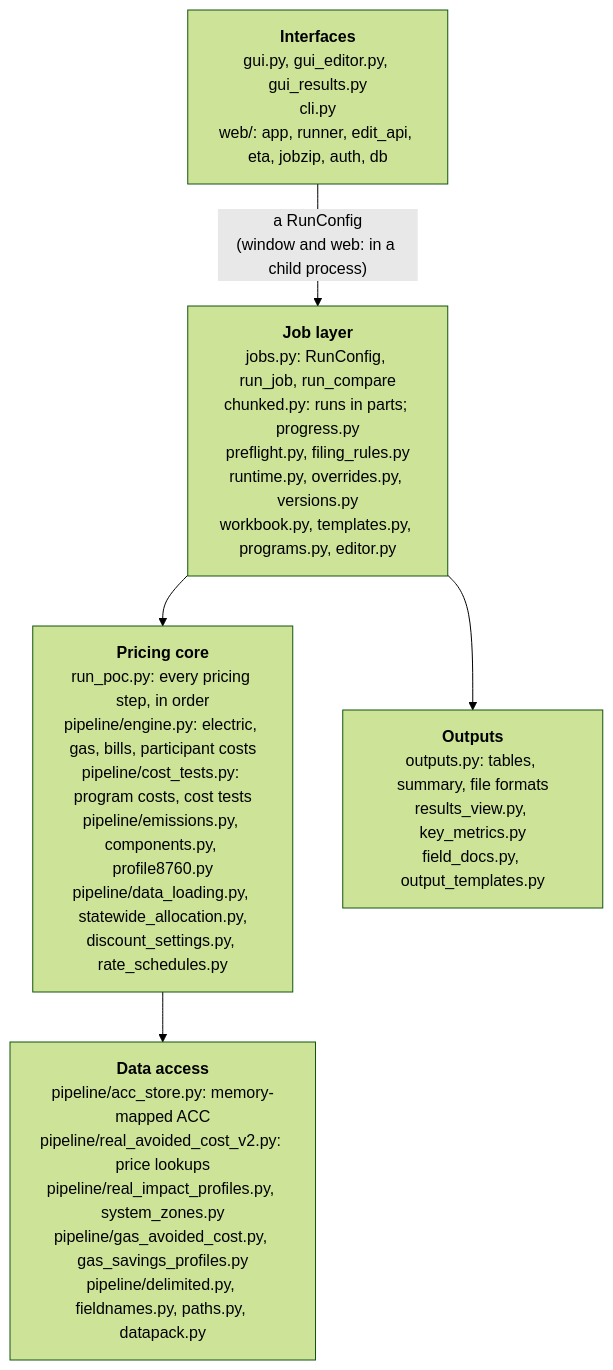
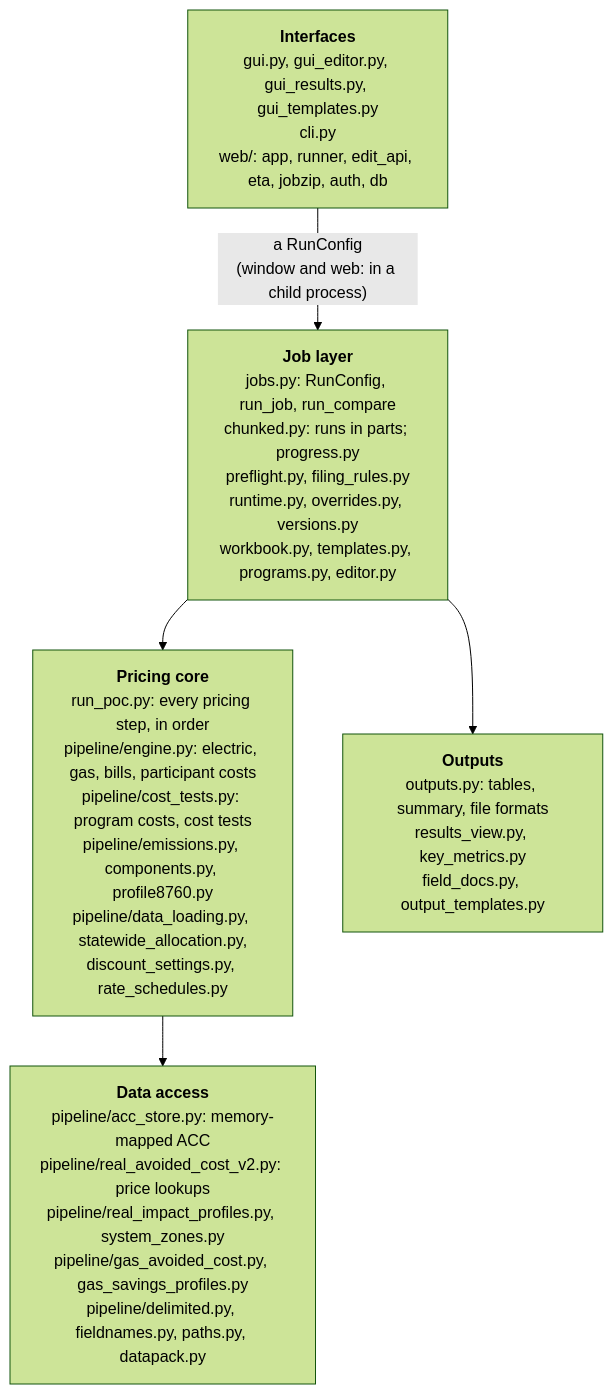
One commit to JRichardson-PGE/ReCET changed the second of 7 diagrams in recet/docs/ARCHITECTURE.md. Above: the diagram before and after it, drawn with Mermaid (forest theme). The commit also changed other lines of this file and 15 other files, not shown here.

````diff
--- a/recet/docs/ARCHITECTURE.md
+++ b/recet/docs/ARCHITECTURE.md
@@ -86,12 +86,12 @@
 ```mermaid
 flowchart TB
-    IF["<b>Interfaces</b><br/>gui.py, gui_editor.py, gui_results.py<br/>cli.py<br/>web/: app, runner, edit_api, eta, jobzip, auth, db"]
+    IF["<b>Interfaces</b><br/>gui.py, gui_editor.py, gui_results.py, gui_templates.py<br/>cli.py<br/>web/: app, runner, edit_api, eta, jobzip, auth, db"]
     JOB["<b>Job layer</b><br/>jobs.py: RunConfig, run_job, run_compare<br/>chunked.py: runs in parts; progress.py<br/>preflight.py, filing_rules.py<br/>runtime.py, overrides.py, versions.py<br/>workbook.py, templates.py, programs.py, editor.py"]
     CORE["<b>Pricing core</b><br/>run_poc.py: every pricing step, in order<br/>pipeline/engine.py: electric, gas, bills, participant costs<br/>pipeline/cost_tests.py: program costs, cost tests<br/>pipeline/emissions.py, components.py, profile8760.py<br/>pipeline/data_loading.py, statewide_allocation.py,<br/>discount_settings.py, rate_schedules.py"]
     DATA["<b>Data access</b><br/>pipeline/acc_store.py: memory-mapped ACC<br/>pipeline/real_avoided_cost_v2.py: price lookups<br/>pipeline/real_impact_profiles.py, system_zones.py<br/>pipeline/gas_avoided_cost.py, gas_savings_profiles.py<br/>pipeline/delimited.py, fieldnames.py, paths.py, datapack.py"]
     OUT["<b>Outputs</b><br/>outputs.py: tables, summary, file formats<br/>results_view.py, key_metrics.py<br/>field_docs.py, output_templates.py"]
     IF -->|"a RunConfig<br/>(window and web: in a child process)"| JOB
     JOB --> CORE
     CORE --> DATA
     JOB --> OUT
 ```
````
